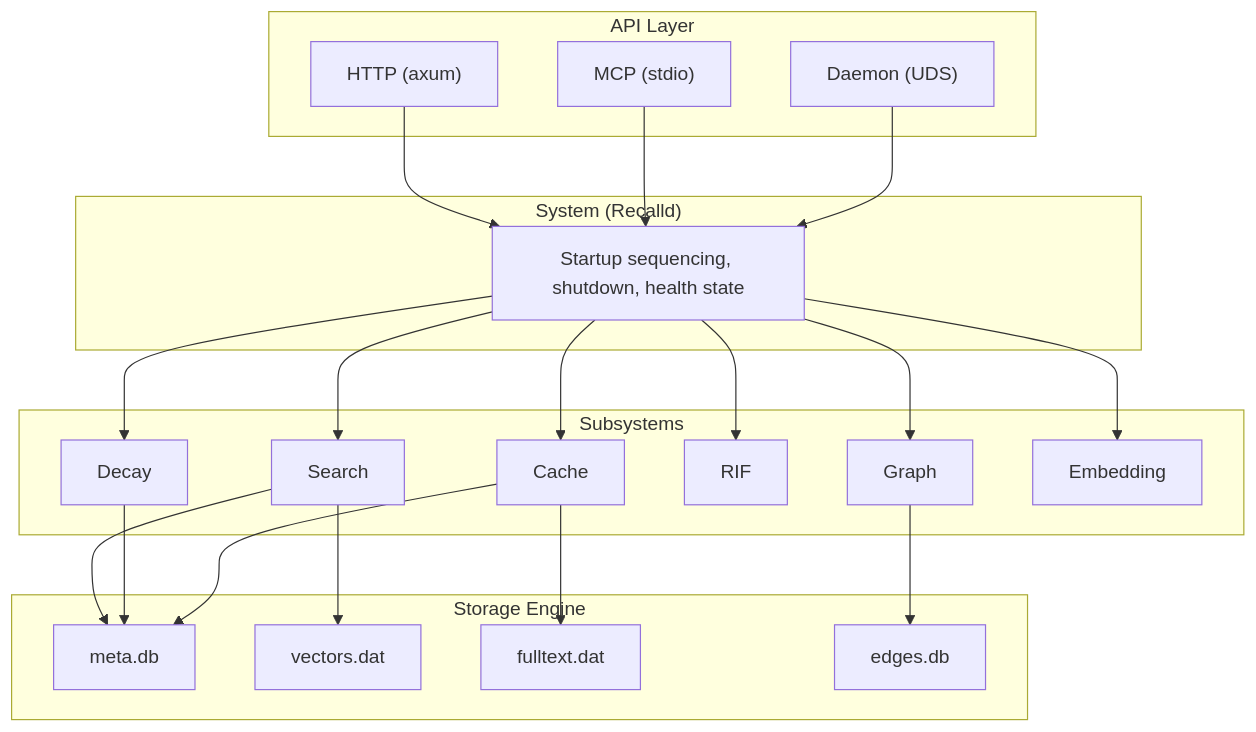
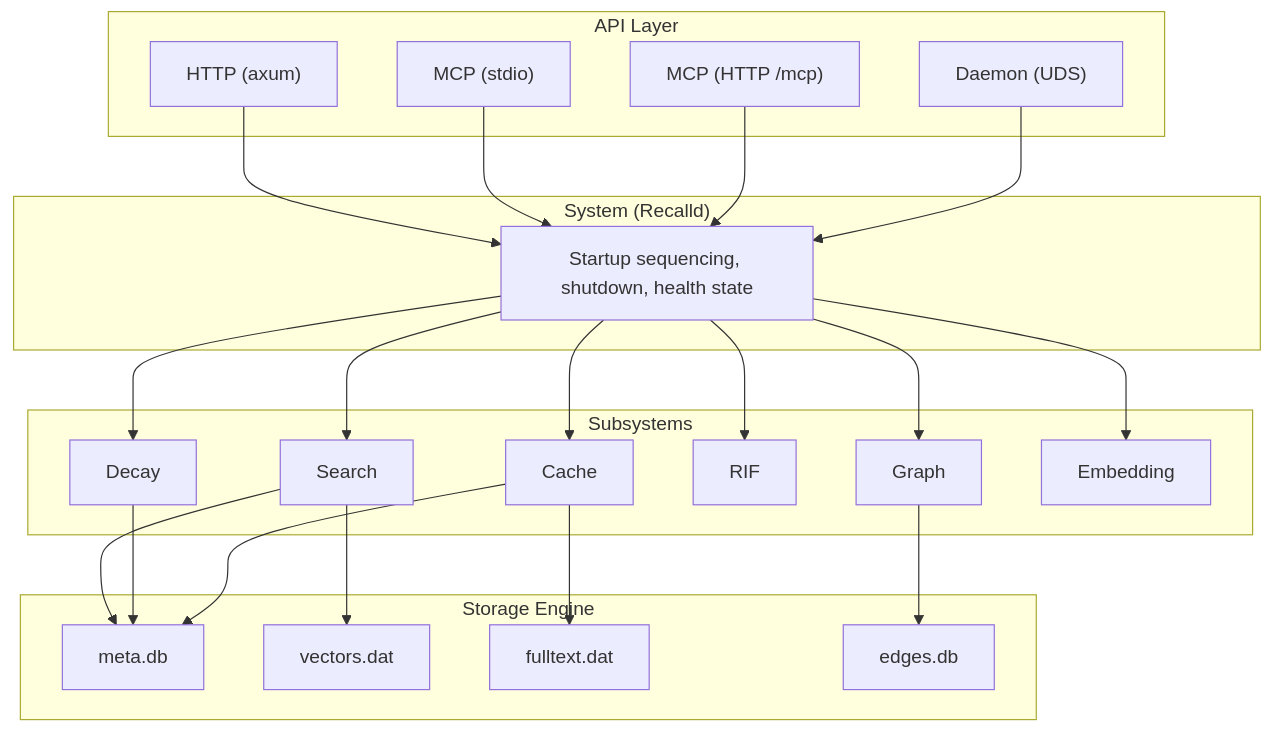
One commit to calebevans/recalld changed the first of 2 diagrams in docs/architecture.md. Above: the diagram before and after it, drawn with Mermaid. The commit also changed other lines of this file and 8 other files, not shown here.

````diff
--- a/docs/architecture.md
+++ b/docs/architecture.md
@@ -23,44 +23,46 @@
 ```mermaid
 graph TD
     subgraph API["API Layer"]
         HTTP["HTTP (axum)"]
-        MCP["MCP (stdio)"]
+        MCP_STDIO["MCP (stdio)"]
+        MCP_HTTP["MCP (HTTP /mcp)"]
         DAEMON["Daemon (UDS)"]
     end
 
     subgraph SYS["System (Recalld)"]
         ORCH["Startup sequencing, shutdown, health state"]
     end
 
     subgraph SUBSYSTEMS["Subsystems"]
         SEARCH["Search"]
         GRAPH["Graph"]
         DECAY["Decay"]
         RIF_S["RIF"]
         CACHE_S["Cache"]
         EMBED["Embedding"]
     end
 
     subgraph STORE["Storage Engine"]
         META["meta.db"]
         VEC["vectors.dat"]
         TXT["fulltext.dat"]
         EDGES["edges.db"]
     end
 
     HTTP --> ORCH
-    MCP --> ORCH
+    MCP_STDIO --> ORCH
+    MCP_HTTP --> ORCH
     DAEMON --> ORCH
     ORCH --> SEARCH
     ORCH --> GRAPH
     ORCH --> DECAY
     ORCH --> RIF_S
     ORCH --> CACHE_S
     ORCH --> EMBED
     SEARCH --> META
     SEARCH --> VEC
     DECAY --> META
     GRAPH --> EDGES
     CACHE_S --> META
     CACHE_S --> TXT
 ```
````
